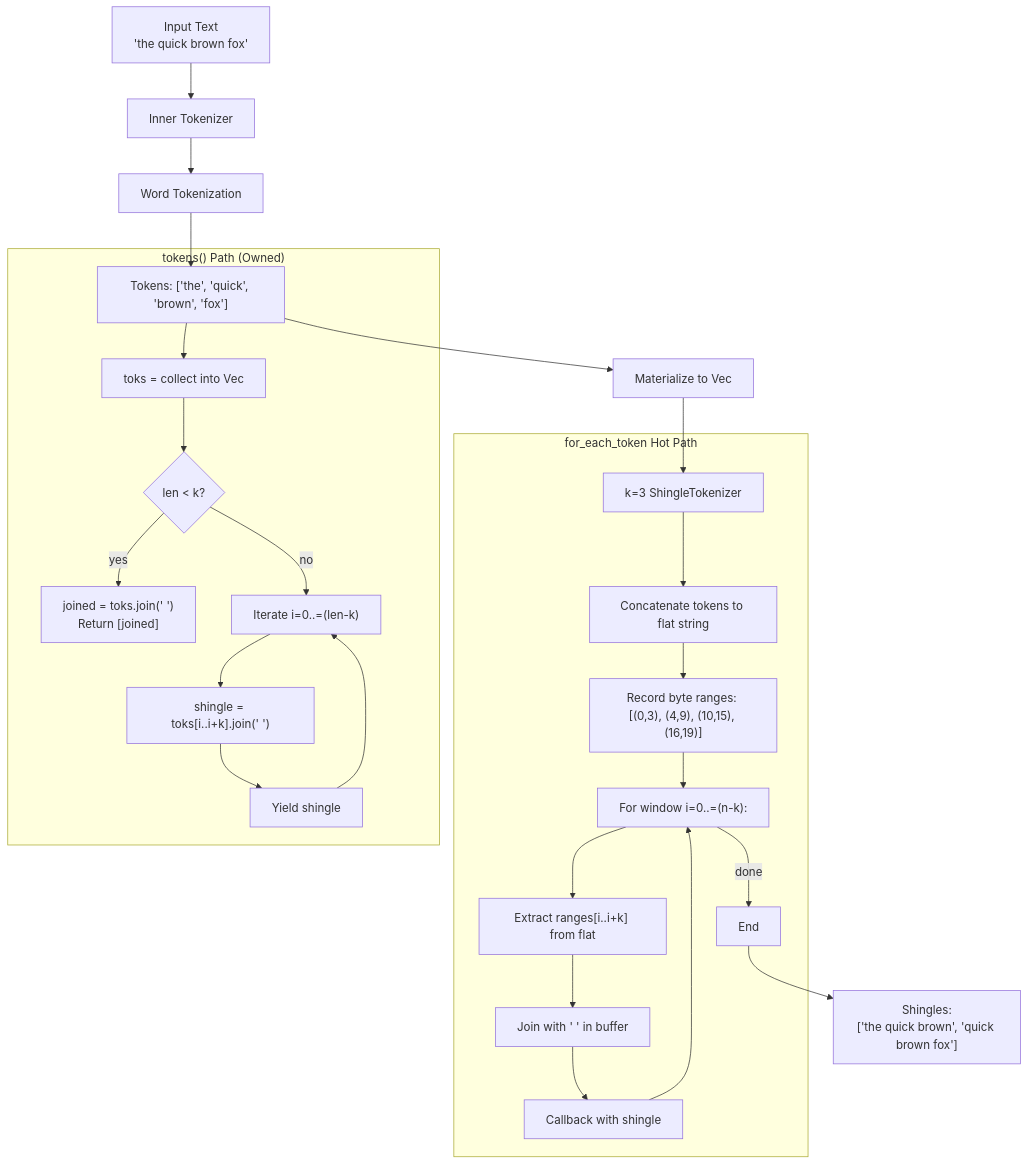
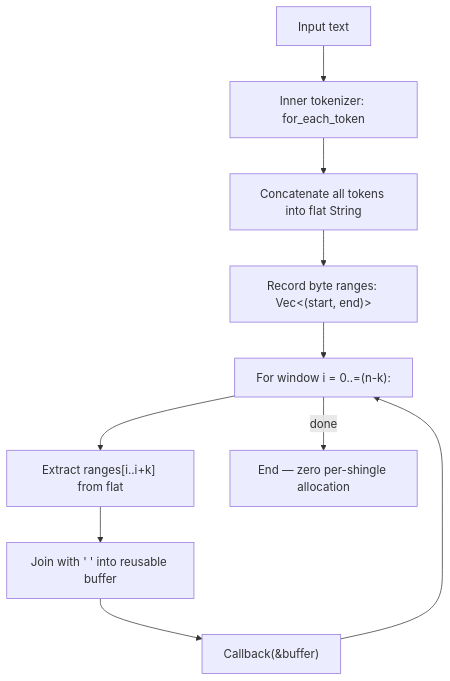
The ninth of 9 diagrams in txt.md (themankindproject/txtfp), drawn with Mermaid before and after one commit. The commit also changed other lines of this file and 1 other file, not shown here.

````diff
--- a/txt.md
+++ b/txt.md
@@ -1133,32 +741,12 @@
 ```mermaid
 flowchart TD
-    A["Input Text<br/>'the quick brown fox'"] --> B["Inner Tokenizer"]
-    B --> C["Word Tokenization"]
-    C --> D["Tokens: ['the', 'quick', 'brown', 'fox']"]
-
-    D --> E["Materialize to Vec<String>"]
-    E --> F["k=3 ShingleTokenizer"]
-
-    subgraph "for_each_token Hot Path"
-        F --> F1["Concatenate tokens to flat string"]
-        F1 --> F2["Record byte ranges: [(0,3), (4,9), (10,15), (16,19)]"]
-        F2 --> F3["For window i=0..=(n-k):"]
-        F3 --> F4["Extract ranges[i..i+k] from flat"]
-        F4 --> F5["Join with ' ' in buffer"]
-        F5 --> F6["Callback with shingle"]
-        F6 --> F3
-        F3 -->|done| F7["End"]
-    end
-
-    F7 --> G["Shingles:<br/>['the quick brown', 'quick brown fox']"]
-
-    subgraph "tokens() Path (Owned)"
-        D --> H["toks = collect into Vec<String>"]
-        H --> I{"len < k?"}
-        I -->|yes| J["joined = toks.join(' ')<br/>Return [joined]"]
-        I -->|no| K["Iterate i=0..=(len-k)"]
-        K --> L["shingle = toks[i..i+k].join(' ')"]
-        L --> M["Yield shingle"]
-        M --> K
-    end
+    A["Input text"] --> B["Inner tokenizer: for_each_token"]
+    B --> C["Concatenate all tokens into flat String"]
+    C --> D["Record byte ranges: Vec<(start, end)>"]
+    D --> E["For window i = 0..=(n-k):"]
+    E --> F["Extract ranges[i..i+k] from flat"]
+    F --> G["Join with ' ' into reusable buffer"]
+    G --> H["Callback(&buffer)"]
+    H --> E
+    E -->|done| I["End — zero per-shingle allocation"]
 ```
````
